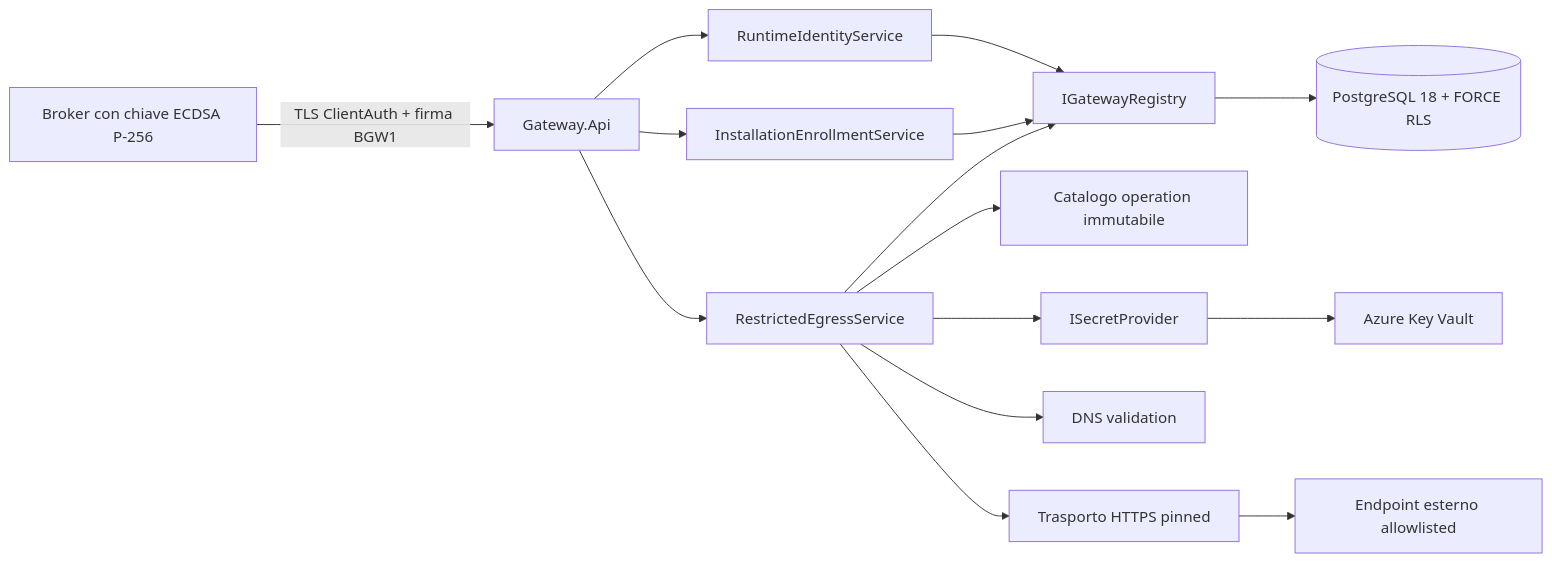
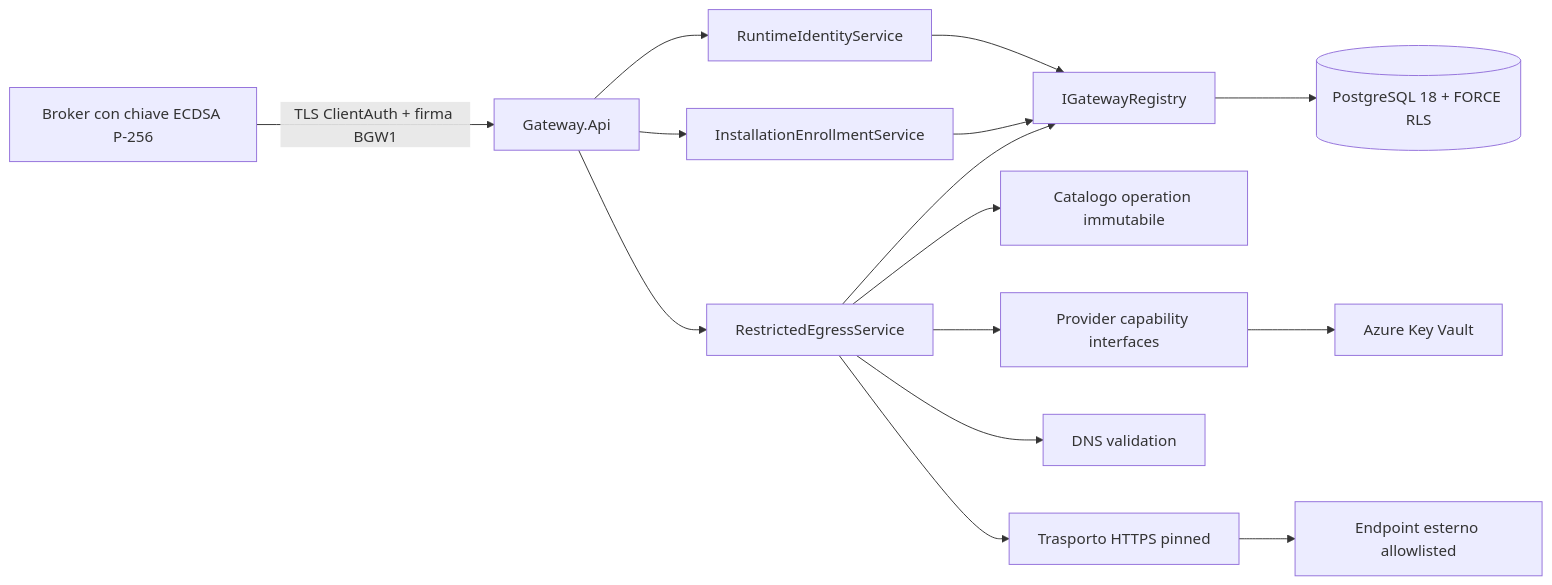
The first of 3 diagrams in docs/architecture/m2-gateway-architecture.md (marcobiz/secure-integration-platform), drawn with Mermaid before and after one commit. The commit also changed 52 other files, not shown here.

````diff
--- a/docs/architecture/m2-gateway-architecture.md
+++ b/docs/architecture/m2-gateway-architecture.md
@@ -8,17 +8,17 @@
 ```mermaid
 flowchart LR
   B[Broker con chiave ECDSA P-256] -->|TLS ClientAuth + firma BGW1| API[Gateway.Api]
   API --> ID[RuntimeIdentityService]
   API --> ENR[InstallationEnrollmentService]
   API --> EGR[RestrictedEgressService]
   ID --> REG[IGatewayRegistry]
   ENR --> REG
   EGR --> REG
   EGR --> CAT[Catalogo operation immutabile]
-  EGR --> VAULT[ISecretProvider]
+  EGR --> VAULT[Provider capability interfaces]
   EGR --> DNS[DNS validation]
   EGR --> HTTP[Trasporto HTTPS pinned]
   REG --> PG[(PostgreSQL 18 + FORCE RLS)]
   VAULT --> AKV[Azure Key Vault]
   HTTP --> EXT[Endpoint esterno allowlisted]
 ```
````
